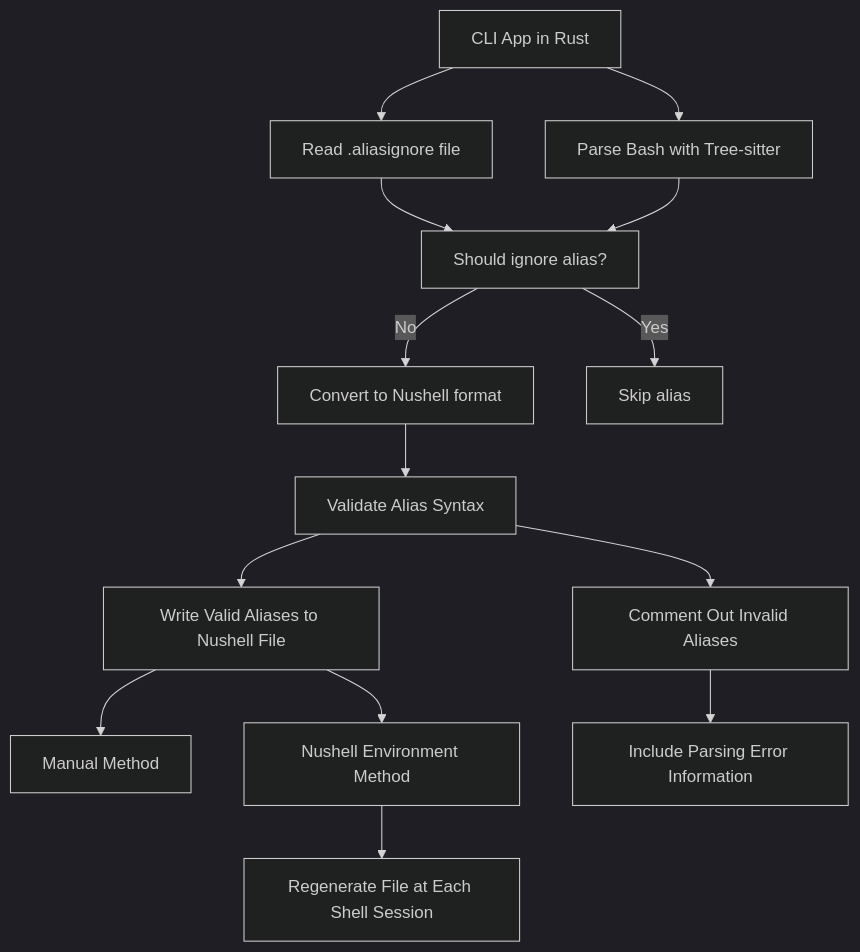
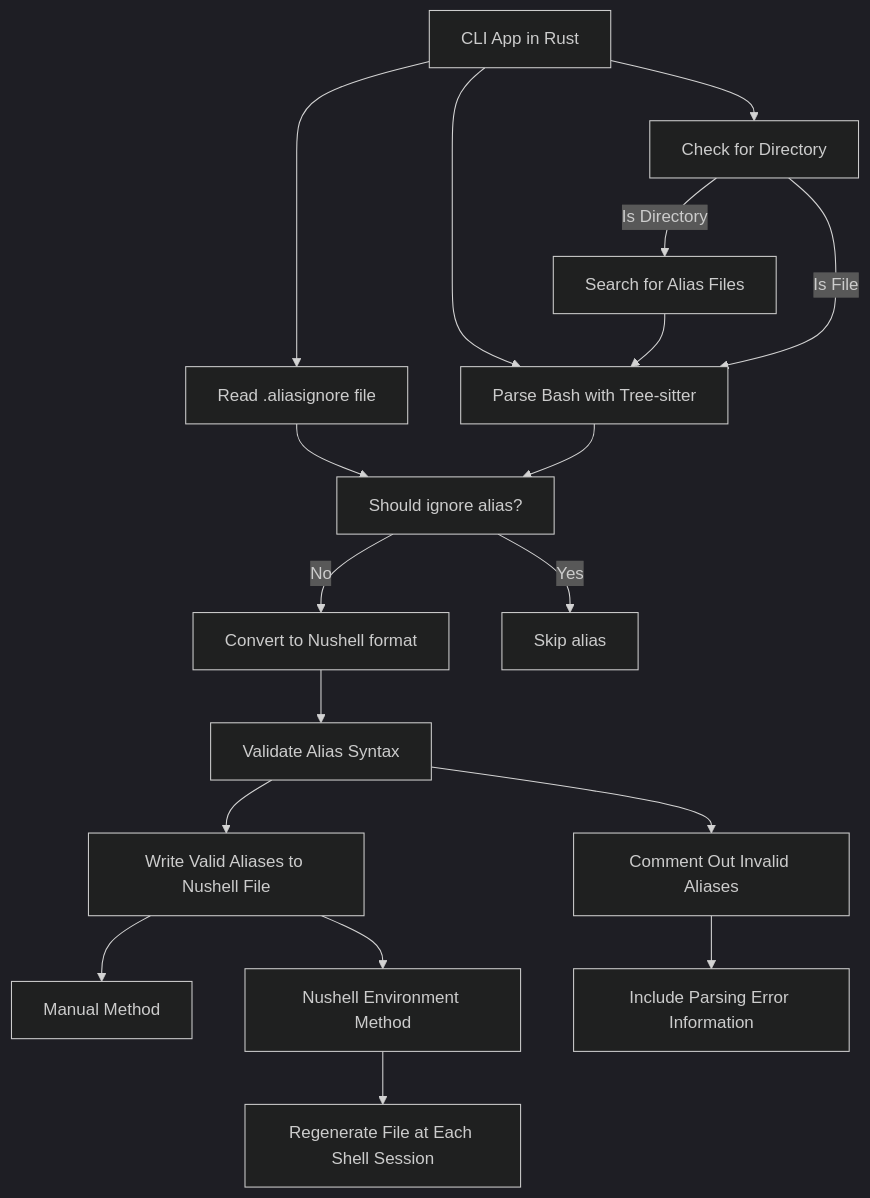
The diagram in README.md (marcelarie/nu-alias-converter), drawn with Mermaid before and after one commit.

````diff
--- a/README.md
+++ b/README.md
@@ -110,22 +110,26 @@
 ```mermaid
 ---
 config:
   theme: dark
   look: classic
   layout: dagre
 ---
 graph TD
   A[CLI App in Rust] --> K[Read .aliasignore file]
   A --> B[Parse Bash with Tree-sitter]
+  A --> N[Check for Directory]
+  N -->|Is Directory| O[Search for Alias Files]
+  O --> B
+  N -->|Is File| B
   K --> L[Should ignore alias?]
   B --> L
   L -->|No| C[Convert to Nushell format]
   L -->|Yes| M[Skip alias]
   C --> D[Validate Alias Syntax]
   D --> E[Write Valid Aliases to Nushell File]
   E --> F[Manual Method]
   E --> G[Nushell Environment Method]
   G --> H[Regenerate File at Each Shell Session]
   D --> I[Comment Out Invalid Aliases]
   I --> J[Include Parsing Error Information]
 ```
````
